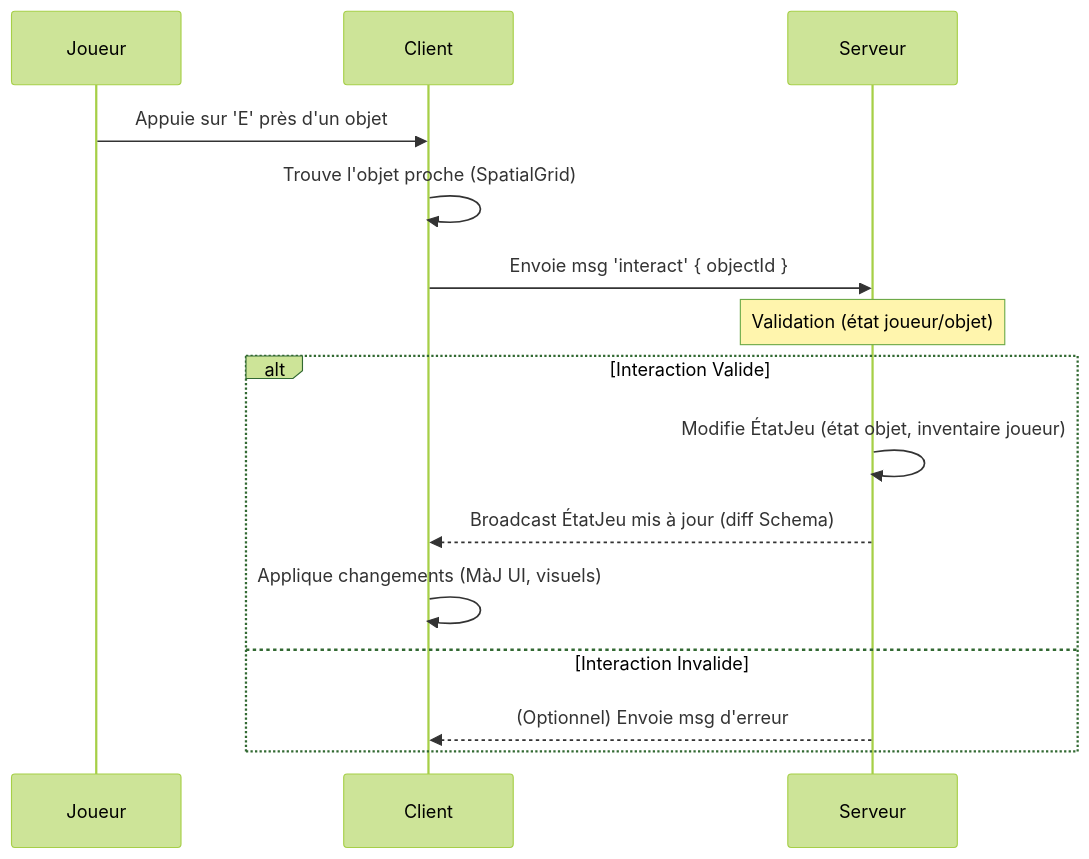
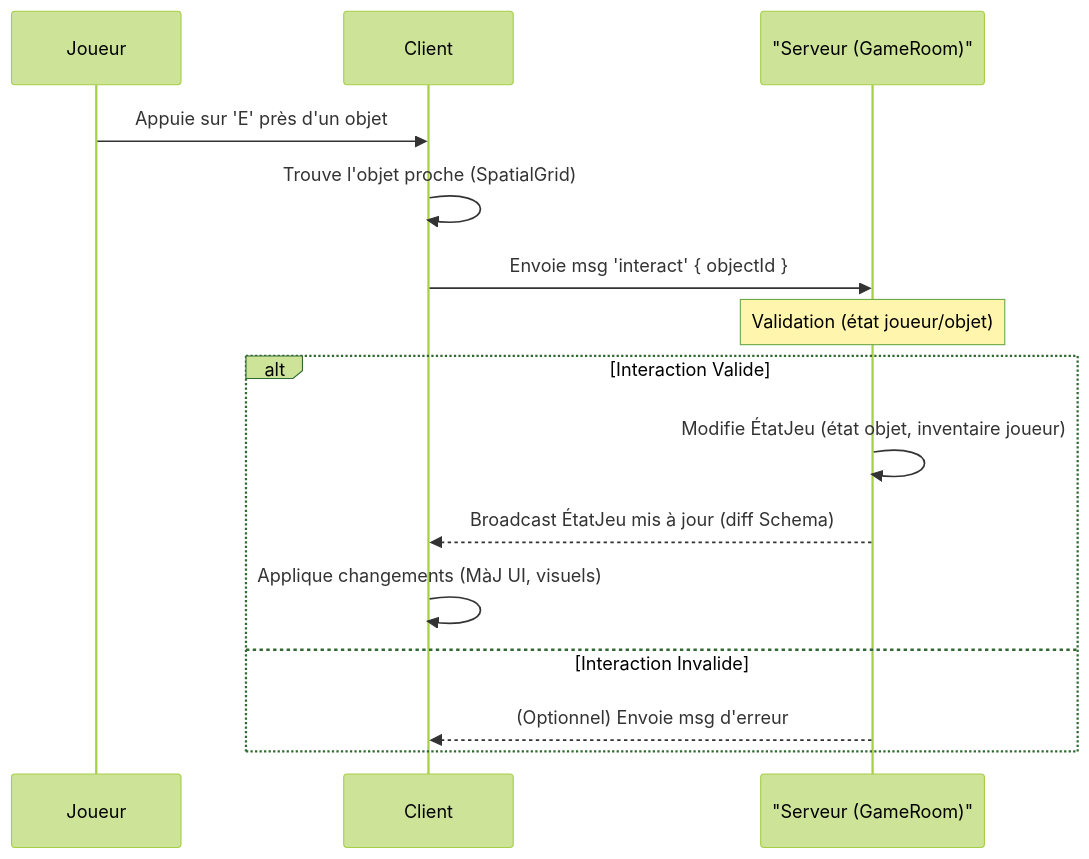
Before and after one commit to TriForMine/Delixia: the second of 3 diagrams in README.md, drawn with Mermaid (forest theme). The commit also changed other lines of this file, not shown here.

Commit message:
feat(README): add game links and improve server details for better accessibility and clarity

````diff
--- a/README.md
+++ b/README.md
@@ -96,18 +106,18 @@
     ```mermaid
     sequenceDiagram
         participant Joueur
         participant Client
-        participant Serveur
+        participant "Serveur (GameRoom)"
 
         Joueur->>Client: Appuie sur 'E' près d'un objet
         Client->>Client: Trouve l'objet proche (SpatialGrid)
-        Client->>Serveur: Envoie msg 'interact' { objectId }
-        Note over Serveur: Validation (état joueur/objet)
+        Client->>"Serveur (GameRoom)": Envoie msg 'interact' { objectId }
+        Note over "Serveur (GameRoom)": Validation (état joueur/objet)
         alt Interaction Valide
-            Serveur->>Serveur: Modifie ÉtatJeu (état objet, inventaire joueur)
-            Serveur-->>Client: Broadcast ÉtatJeu mis à jour (diff Schema)
+            "Serveur (GameRoom)"->>"Serveur (GameRoom)": Modifie ÉtatJeu (état objet, inventaire joueur)
+            "Serveur (GameRoom)"-->>Client: Broadcast ÉtatJeu mis à jour (diff Schema)
             Client->>Client: Applique changements (MàJ UI, visuels)
         else Interaction Invalide
-            Serveur-->>Client: (Optionnel) Envoie msg d'erreur
+            "Serveur (GameRoom)"-->>Client: (Optionnel) Envoie msg d'erreur
         end
     ```
````
